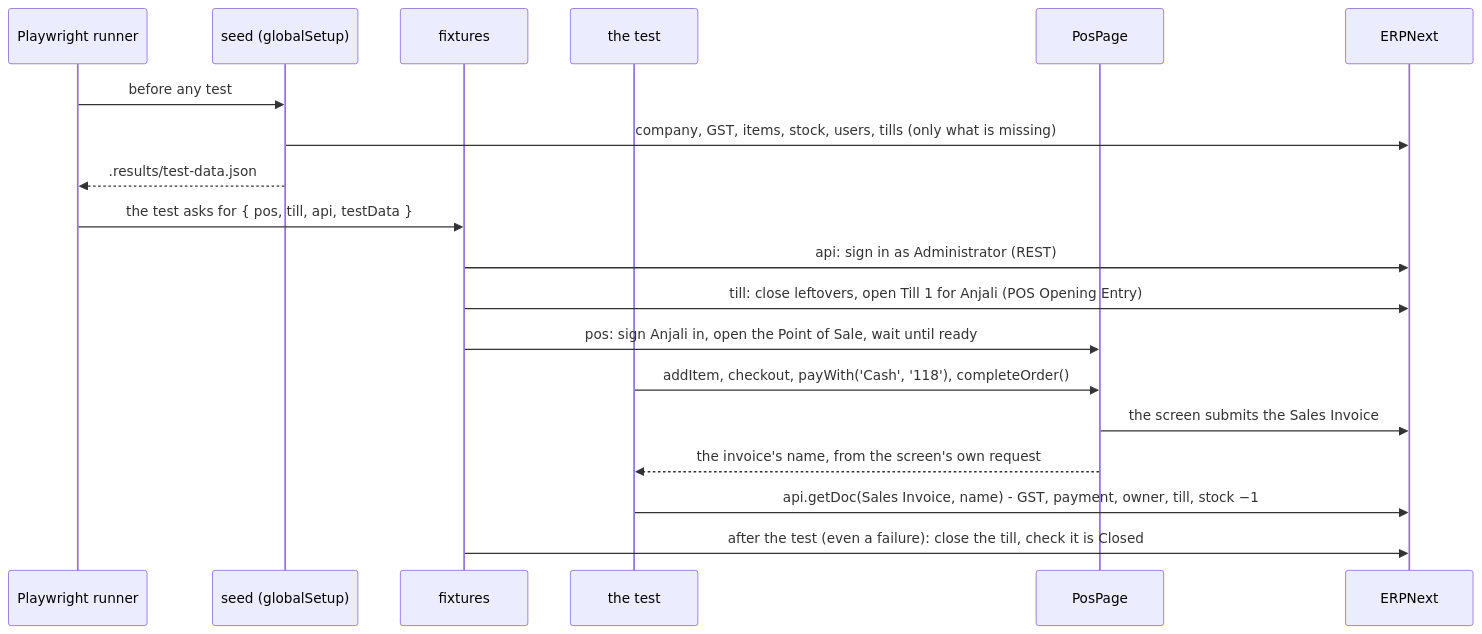
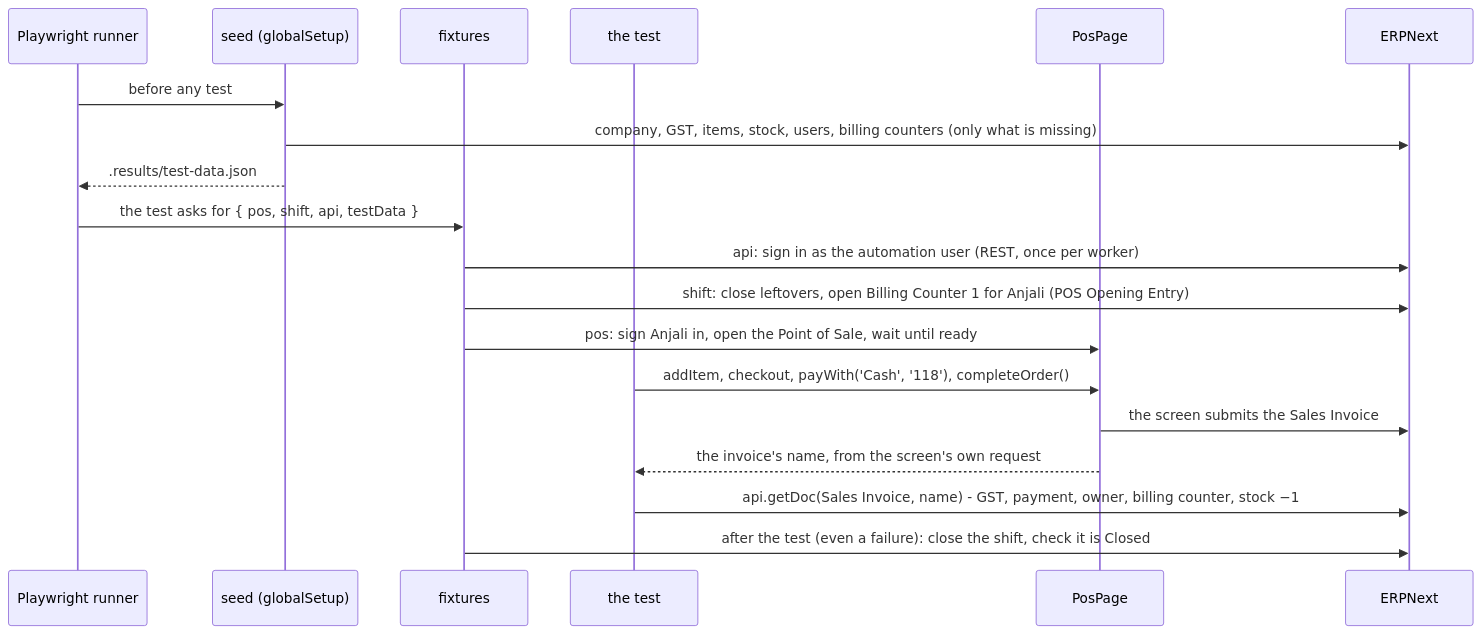
The fourth of 5 diagrams in docs/framework.md (sudhansushekhar/erpnext-playwright-ai-test-automation), drawn with Mermaid before and after one commit. The commit also changed other lines of this file and 23 other files, not shown here.

First line of the commit message:
Parallel test runs: one billing counter per worker; till renamed

````diff
--- a/docs/framework.md
+++ b/docs/framework.md
@@ -168,22 +168,22 @@
 ```mermaid
 sequenceDiagram
   participant R as Playwright runner
   participant S as seed (globalSetup)
   participant F as fixtures
   participant T as the test
   participant P as PosPage
   participant E as ERPNext
 
   R->>S: before any test
-  S->>E: company, GST, items, stock, users, tills (only what is missing)
+  S->>E: company, GST, items, stock, users, billing counters (only what is missing)
   S-->>R: .results/test-data.json
-  R->>F: the test asks for { pos, till, api, testData }
-  F->>E: api: sign in as Administrator (REST)
-  F->>E: till: close leftovers, open Till 1 for Anjali (POS Opening Entry)
+  R->>F: the test asks for { pos, shift, api, testData }
+  F->>E: api: sign in as the automation user (REST, once per worker)
+  F->>E: shift: close leftovers, open Billing Counter 1 for Anjali (POS Opening Entry)
   F->>P: pos: sign Anjali in, open the Point of Sale, wait until ready
   T->>P: addItem, checkout, payWith('Cash', '118'), completeOrder()
   P->>E: the screen submits the Sales Invoice
   P-->>T: the invoice's name, from the screen's own request
-  T->>E: api.getDoc(Sales Invoice, name) - GST, payment, owner, till, stock −1
-  F->>E: after the test (even a failure): close the till, check it is Closed
+  T->>E: api.getDoc(Sales Invoice, name) - GST, payment, owner, billing counter, stock −1
+  F->>E: after the test (even a failure): close the shift, check it is Closed
 ```
````
